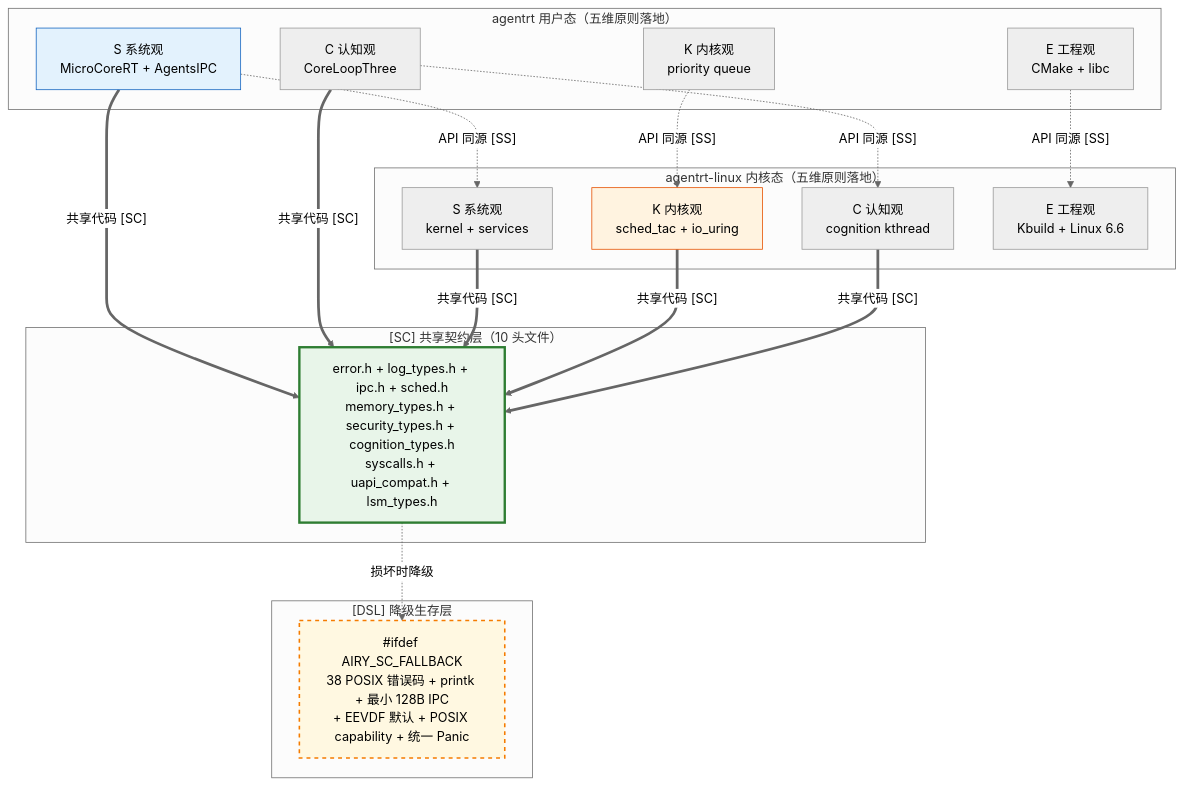
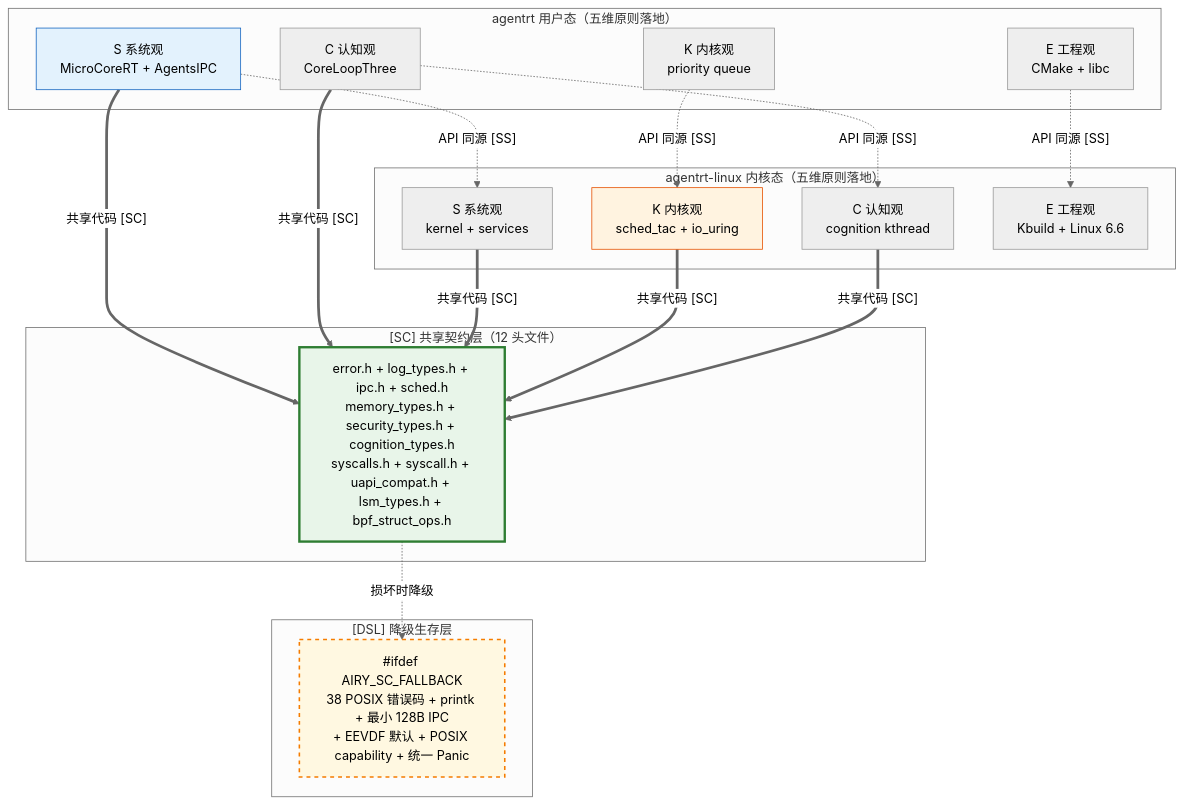
The diagram in AirymaxOS/10-architecture/02-five-dimensional-principles.md (openairymax/docs), drawn with Mermaid (neutral theme) before and after one commit. The commit also changed other lines of this file and 135 other files, not shown here.

````diff
--- a/AirymaxOS/10-architecture/02-five-dimensional-principles.md
+++ b/AirymaxOS/10-architecture/02-five-dimensional-principles.md
@@ -636,42 +636,42 @@
 ```mermaid
 graph TB
     subgraph "agentrt 用户态（五维原则落地）"
         RT_S[S 系统观<br/>MicroCoreRT + AgentsIPC]
         RT_K[K 内核观<br/>priority queue]
         RT_C[C 认知观<br/>CoreLoopThree]
         RT_E[E 工程观<br/>CMake + libc]
     end
 
     subgraph "agentrt-linux 内核态（五维原则落地）"
         OS_S[S 系统观<br/>kernel + services]
         OS_K[K 内核观<br/>sched_tac + io_uring]
         OS_C[C 认知观<br/>cognition kthread]
         OS_E[E 工程观<br/>Kbuild + Linux 6.6]
     end
 
-    subgraph "[SC] 共享契约层（10 头文件）"
-        SC[error.h + log_types.h + ipc.h + sched.h<br/>memory_types.h + security_types.h + cognition_types.h<br/>syscalls.h + uapi_compat.h + lsm_types.h]
+    subgraph "[SC] 共享契约层（12 头文件）"
+        SC[error.h + log_types.h + ipc.h + sched.h<br/>memory_types.h + security_types.h + cognition_types.h<br/>syscalls.h + syscall.h + uapi_compat.h + lsm_types.h + bpf_struct_ops.h]
     end
 
     subgraph "[DSL] 降级生存层"
         DSL["#ifdef AIRY_SC_FALLBACK<br/>38 POSIX 错误码 + printk + 最小 128B IPC<br/>+ EEVDF 默认 + POSIX capability + 统一 Panic"]
     end
 
     RT_S -.->|"API 同源 [SS]"| OS_S
     RT_K -.->|"API 同源 [SS]"| OS_K
     RT_C -.->|"API 同源 [SS]"| OS_C
     RT_E -.->|"API 同源 [SS]"| OS_E
 
     RT_S ==>|"共享代码 [SC]"| SC
     RT_C ==>|"共享代码 [SC]"| SC
     OS_S ==>|"共享代码 [SC]"| SC
     OS_K ==>|"共享代码 [SC]"| SC
     OS_C ==>|"共享代码 [SC]"| SC
 
     SC -.->|"损坏时降级"| DSL
 
     style SC fill:#e8f5e9,stroke:#2e7d32,stroke-width:3px
     style DSL fill:#fff8e1,stroke:#f57c00,stroke-width:2px,stroke-dasharray: 5 5
     style RT_S fill:#e3f2fd,stroke:#1565c0
     style OS_K fill:#fff3e0,stroke:#e65100
 ```
````
